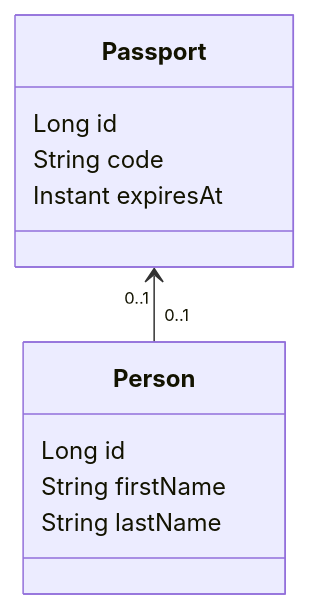
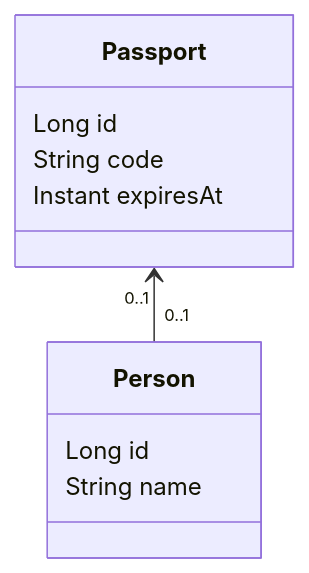
One commit to lucasvalenteds/poc-jpa-one-to-one-unidirectional changed the diagram in README.md. Above: the diagram before and after it, drawn with Mermaid. The commit also changed 4 other files, not shown here.

First line of the commit message:
Merging Person first name and last name columns

````diff
--- a/README.md
+++ b/README.md
@@ -18,16 +18,16 @@
 ```mermaid
 classDiagram
 direction BT
+
 class Passport {
     Long  id
     String  code
     Instant  expiresAt
 }
 class Person {
     Long  id
-    String  firstName
-    String  lastName
+    String  name
 }
 
 Person "0..1" --> "0..1" Passport
 ```
````
